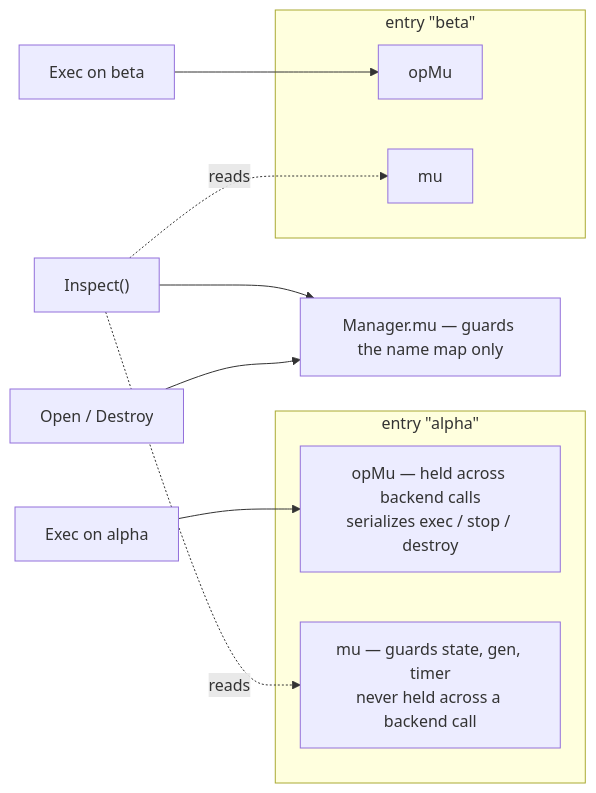
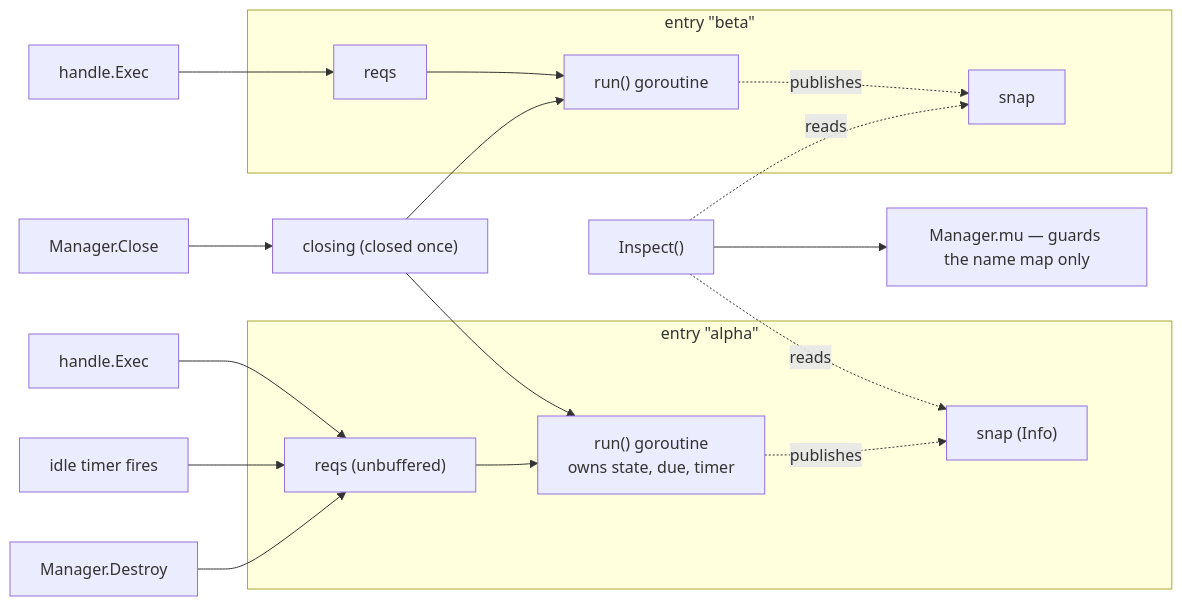
Before and after one commit to maikdotfi/metaharness: the fourth of 12 diagrams in docs/sandbox.md, drawn with Mermaid. The commit also changed other lines of this file and 6 other files, not shown here.

````diff
--- a/docs/sandbox.md
+++ b/docs/sandbox.md
@@ -191,19 +210,23 @@
 ```mermaid
 flowchart LR
     subgraph e1["entry &quot;alpha&quot;"]
-        op1["opMu — held across backend calls<br/>serializes exec / stop / destroy"]
-        st1["mu — guards state, gen, timer<br/>never held across a backend call"]
+        r1["reqs (unbuffered)"] --> g1["run() goroutine<br/>owns state, due, timer"]
+        g1 -.publishes.-> s1["snap (Info)"]
     end
     subgraph e2["entry &quot;beta&quot;"]
-        op2["opMu"]
-        st2["mu"]
+        r2["reqs"] --> g2["run() goroutine"]
+        g2 -.publishes.-> s2["snap"]
     end
     mmu["Manager.mu — guards the name map only"]
 
-    A["Exec on alpha"] --> op1
-    B["Exec on beta"] --> op2
+    A["handle.Exec"] --> r1
+    B["handle.Exec"] --> r2
+    T["idle timer fires"] --> r1
+    D["Manager.Destroy"] --> r1
     C["Inspect()"] --> mmu
-    C -.reads.-> st1
-    C -.reads.-> st2
-    D["Open / Destroy"] --> mmu
+    C -.reads.-> s1
+    C -.reads.-> s2
+    X["Manager.Close"] --> CL["closing (closed once)"]
+    CL --> g1
+    CL --> g2
 ```
````
